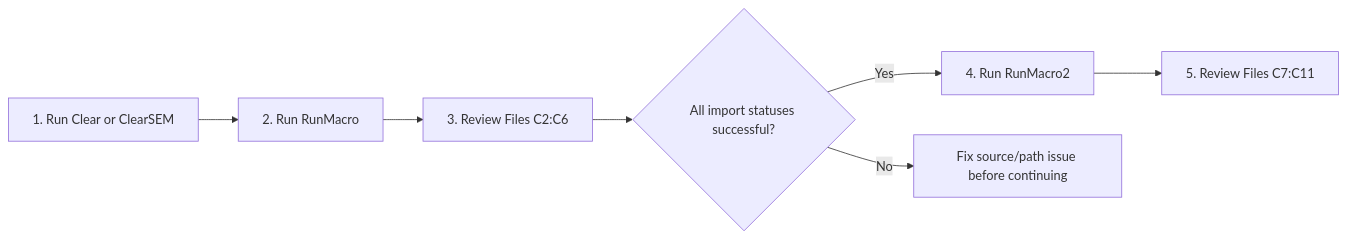
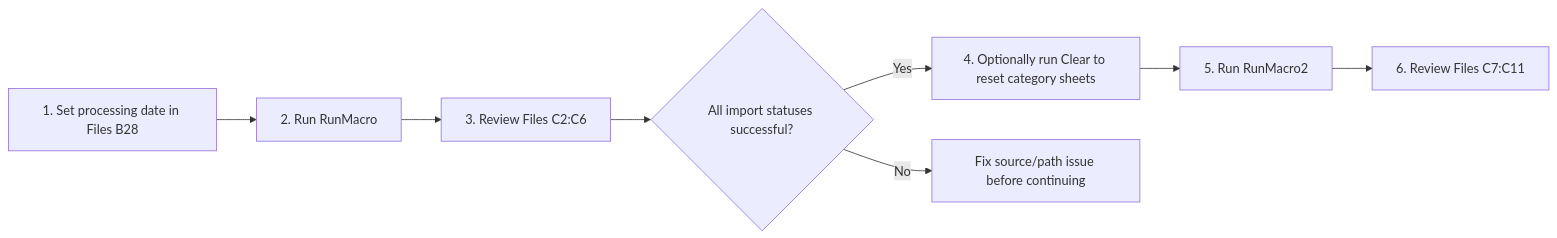
Diagram 16 of 16 in Other Comps/VBA_DOCUMENTATION.md (moonstarph23/Common-Script), drawn with Mermaid before and after one commit. The commit also changed other lines of this file and 10 other files, not shown here.

````diff
--- a/Other Comps/VBA_DOCUMENTATION.md
+++ b/Other Comps/VBA_DOCUMENTATION.md
@@ -782,9 +795,10 @@
 ```mermaid
 flowchart LR
-    A["1. Run Clear or ClearSEM"] --> B["2. Run RunMacro"]
+    A["1. Set processing date in Files B28"] --> B["2. Run RunMacro"]
     B --> C["3. Review Files C2:C6"]
     C --> D{"All import statuses successful?"}
-    D -- "Yes" --> E["4. Run RunMacro2"]
+    D -- "Yes" --> E["4. Optionally run Clear to reset category sheets"]
     D -- "No" --> F["Fix source/path issue before continuing"]
-    E --> G["5. Review Files C7:C11"]
+    E --> G["5. Run RunMacro2"]
+    G --> H["6. Review Files C7:C11"]
 ```
````
